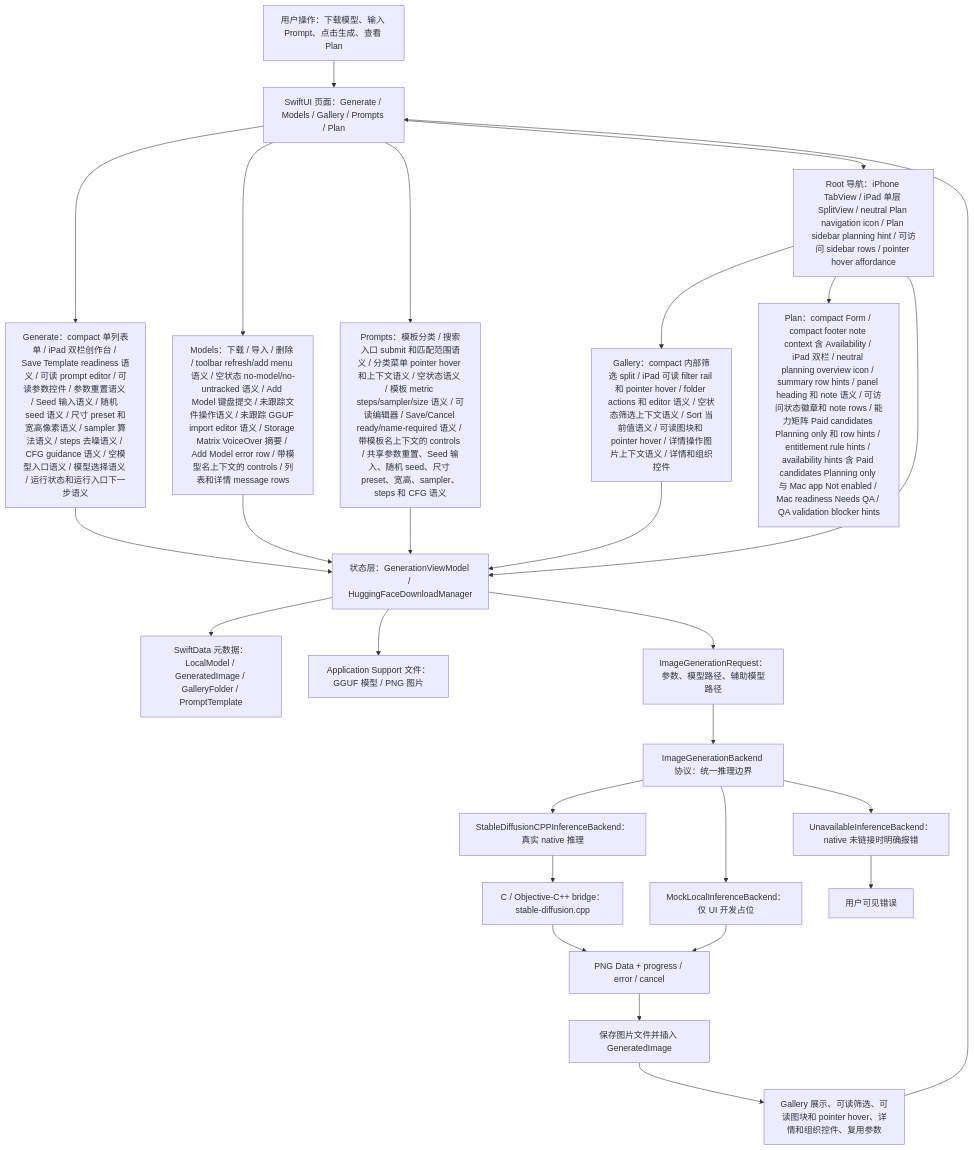
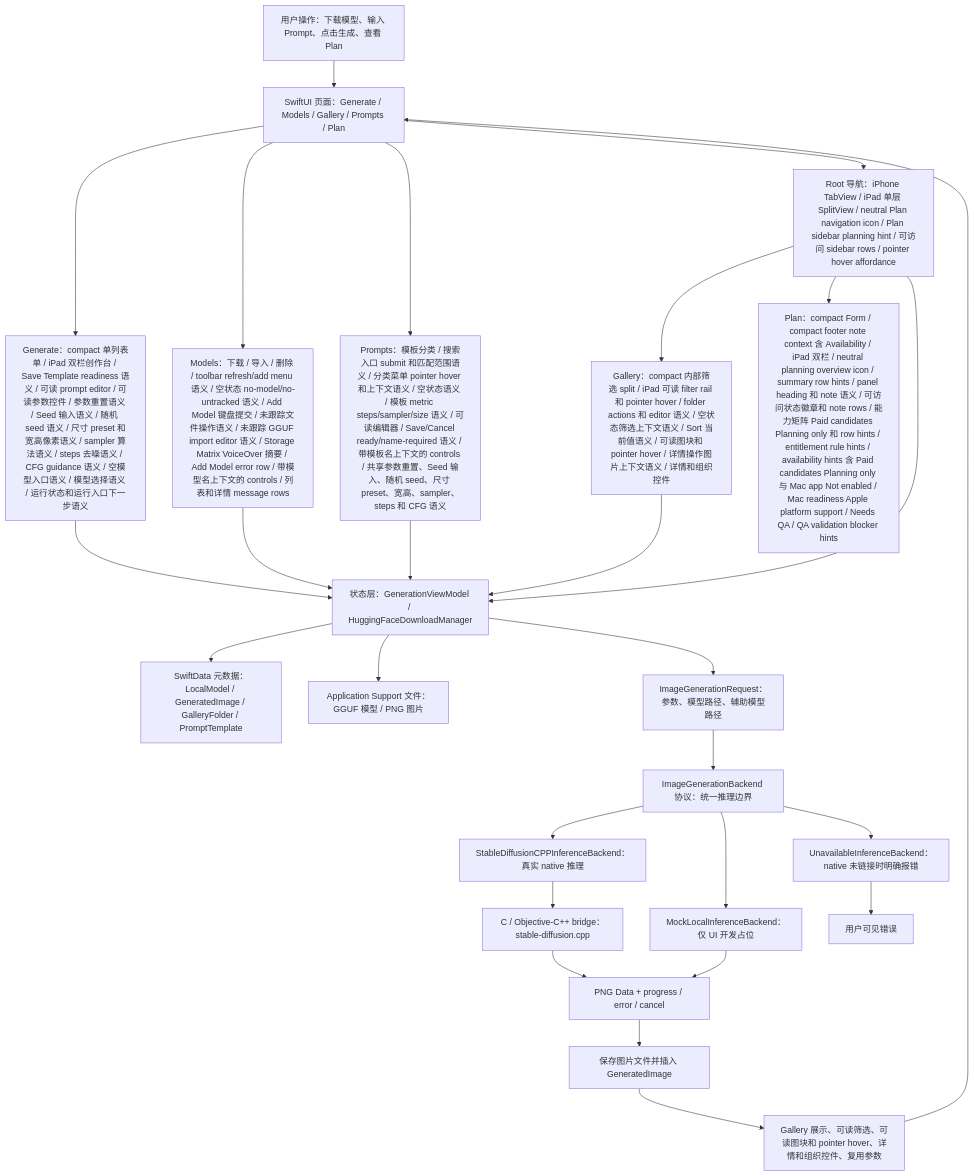
One commit to Altman-sam114/118 changed the first of 7 diagrams in md/flow/flowchart.md. Above: the diagram before and after it, drawn with Mermaid. The commit also changed 5 other files, not shown here.

First line of the commit message:
v1.76: Mac platform support title

````diff
--- a/md/flow/flowchart.md
+++ b/md/flow/flowchart.md
@@ -9,29 +9,29 @@
 ```mermaid
 flowchart TD
   U["用户操作：下载模型、输入 Prompt、点击生成、查看 Plan"] --> UI["SwiftUI 页面：Generate / Models / Gallery / Prompts / Plan"]
   UI --> GENUI["Generate：compact 单列表单 / iPad 双栏创作台 / Save Template readiness 语义 / 可读 prompt editor / 可读参数控件 / 参数重置语义 / Seed 输入语义 / 随机 seed 语义 / 尺寸 preset 和宽高像素语义 / sampler 算法语义 / steps 去噪语义 / CFG guidance 语义 / 空模型入口语义 / 模型选择语义 / 运行状态和运行入口下一步语义"]
   UI --> MODELUI["Models：下载 / 导入 / 删除 / toolbar refresh/add menu 语义 / 空状态 no-model/no-untracked 语义 / Add Model 键盘提交 / 未跟踪文件操作语义 / 未跟踪 GGUF import editor 语义 / Storage Matrix VoiceOver 摘要 / Add Model error row / 带模型名上下文的 controls / 列表和详情 message rows"]
   UI --> PROMPTUI["Prompts：模板分类 / 搜索入口 submit 和匹配范围语义 / 分类菜单 pointer hover 和上下文语义 / 空状态语义 / 模板 metric steps/sampler/size 语义 / 可读编辑器 / Save/Cancel ready/name-required 语义 / 带模板名上下文的 controls / 共享参数重置、Seed 输入、随机 seed、尺寸 preset、宽高、sampler、steps 和 CFG 语义"]
   UI --> NAV["Root 导航：iPhone TabView / iPad 单层 SplitView / neutral Plan navigation icon / Plan sidebar planning hint / 可访问 sidebar rows / pointer hover affordance"]
   NAV --> GALUI["Gallery：compact 内部筛选 split / iPad 可读 filter rail 和 pointer hover / folder actions 和 editor 语义 / 空状态筛选上下文语义 / Sort 当前值语义 / 可读图块和 pointer hover / 详情操作图片上下文语义 / 详情和组织控件"]
-  NAV --> PLANUI["Plan：compact Form / compact footer note context 含 Availability / iPad 双栏 / neutral planning overview icon / summary row hints / panel heading 和 note 语义 / 可访问状态徽章和 note rows / 能力矩阵 Paid candidates Planning only 和 row hints / entitlement rule hints / availability hints 含 Paid candidates Planning only 与 Mac app Not enabled / Mac readiness Needs QA / QA validation blocker hints"]
+  NAV --> PLANUI["Plan：compact Form / compact footer note context 含 Availability / iPad 双栏 / neutral planning overview icon / summary row hints / panel heading 和 note 语义 / 可访问状态徽章和 note rows / 能力矩阵 Paid candidates Planning only 和 row hints / entitlement rule hints / availability hints 含 Paid candidates Planning only 与 Mac app Not enabled / Mac readiness Apple platform support / Needs QA / QA validation blocker hints"]
   NAV --> VM["状态层：GenerationViewModel / HuggingFaceDownloadManager"]
   GENUI --> VM
   MODELUI --> VM
   PROMPTUI --> VM
   GALUI --> VM
   VM --> SD["SwiftData 元数据：LocalModel / GeneratedImage / GalleryFolder / PromptTemplate"]
   VM --> FS["Application Support 文件：GGUF 模型 / PNG 图片"]
   VM --> REQ["ImageGenerationRequest：参数、模型路径、辅助模型路径"]
   REQ --> IFACE["ImageGenerationBackend 协议：统一推理边界"]
   IFACE --> NATIVE["StableDiffusionCPPInferenceBackend：真实 native 推理"]
   IFACE --> MOCK["MockLocalInferenceBackend：仅 UI 开发占位"]
   IFACE --> OFF["UnavailableInferenceBackend：native 未链接时明确报错"]
   NATIVE --> BRIDGE["C / Objective-C++ bridge：stable-diffusion.cpp"]
   BRIDGE --> PNG["PNG Data + progress / error / cancel"]
   MOCK --> PNG
   OFF --> ERR["用户可见错误"]
   PNG --> SAVE["保存图片文件并插入 GeneratedImage"]
   SAVE --> GALLERY["Gallery 展示、可读筛选、可读图块和 pointer hover、详情和组织控件、复用参数"]
   GALLERY --> UI
 ```
````
